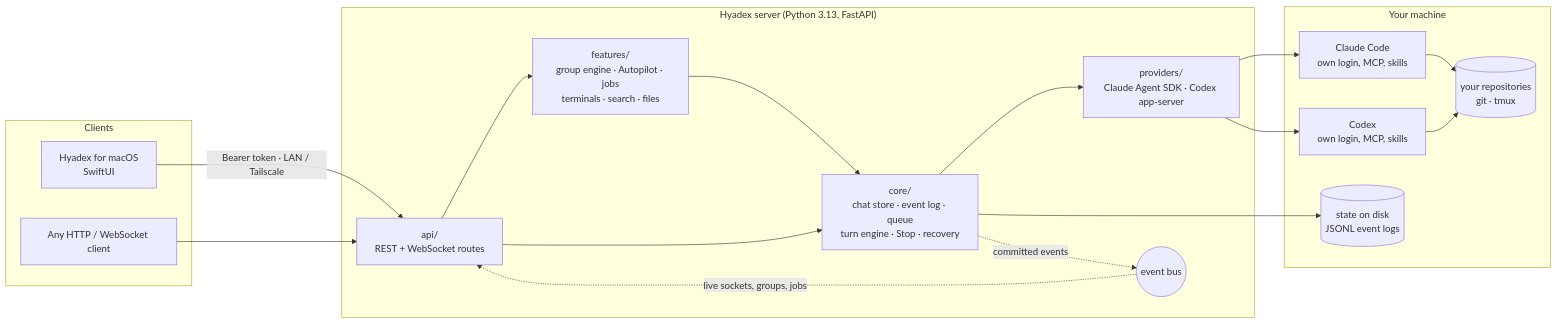
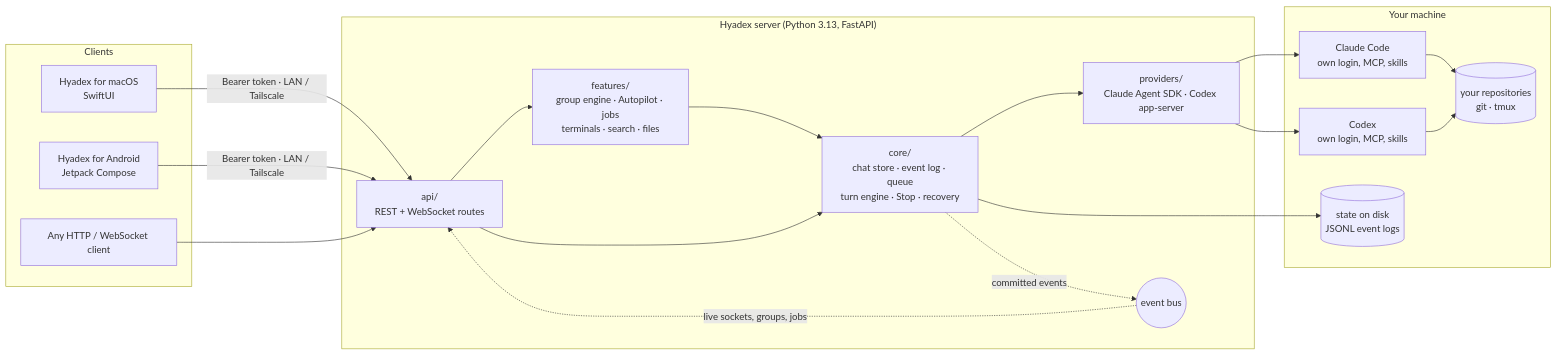
One commit to ezoiHY/Hyadex changed the diagram in README.md. Above: the diagram before and after it, drawn with Mermaid. The commit also changed other lines of this file and 58 other files, not shown here.

````diff
--- a/README.md
+++ b/README.md
@@ -94,32 +94,34 @@
 ```mermaid
 flowchart LR
     subgraph Clients
         Mac["Hyadex for macOS<br/>SwiftUI"]
+        Android["Hyadex for Android<br/>Jetpack Compose"]
         Other["Any HTTP / WebSocket client"]
     end
 
     subgraph Server["Hyadex server (Python 3.13, FastAPI)"]
         API["api/<br/>REST + WebSocket routes"]
         Features["features/<br/>group engine · Autopilot · jobs<br/>terminals · search · files"]
         Core["core/<br/>chat store · event log · queue<br/>turn engine · Stop · recovery"]
         Providers["providers/<br/>Claude Agent SDK · Codex app-server"]
         Bus(("event bus"))
     end
 
     subgraph Machine["Your machine"]
         Claude["Claude Code<br/>own login, MCP, skills"]
         Codex["Codex<br/>own login, MCP, skills"]
         Disk[("state on disk<br/>JSONL event logs")]
         Repo[("your repositories<br/>git · tmux")]
     end
 
     Mac -- "Bearer token · LAN / Tailscale" --> API
+    Android -- "Bearer token · LAN / Tailscale" --> API
     Other --> API
     API --> Features --> Core --> Providers
     API --> Core
     Providers --> Claude & Codex
     Core --> Disk
     Core -. "committed events" .-> Bus
     Bus -. "live sockets, groups, jobs" .-> API
     Claude & Codex --> Repo
 ```
````
